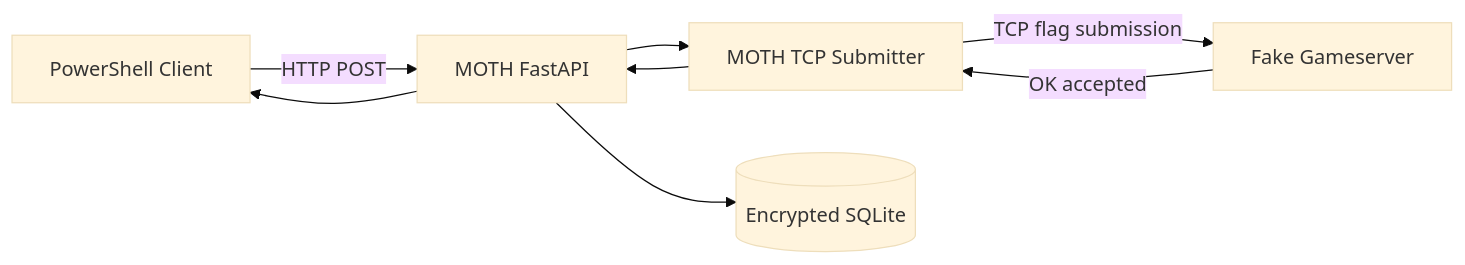
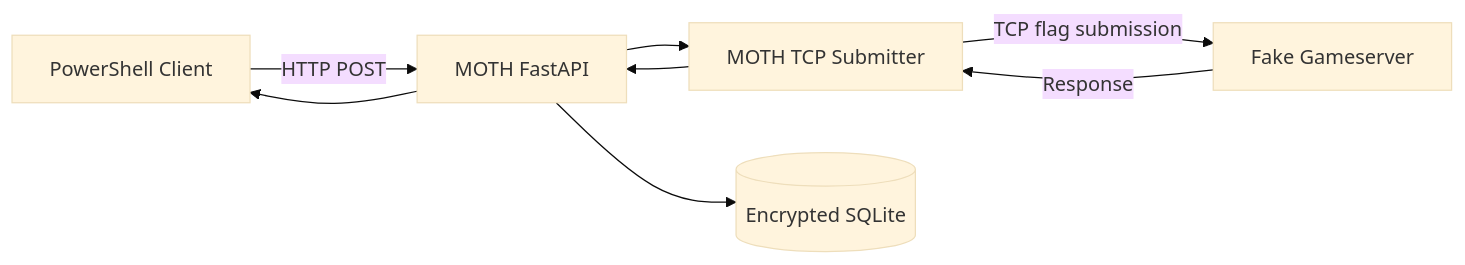
Before and after one commit to Denis-Krueger-labs/MOTH: diagram 11 of 13 in README.md, drawn with Mermaid (base theme). The commit also changed other lines of this file, not shown here.

````diff
--- a/README.md
+++ b/README.md
@@ -686,16 +755,16 @@
 ```mermaid
 flowchart LR
     PS[PowerShell Client]
     API[MOTH FastAPI]
     TCP[MOTH TCP Submitter]
     FAKE[Fake Gameserver]
     DB[(Encrypted SQLite)]
 
     PS -->|HTTP POST| API
     API --> TCP
     TCP -->|TCP flag submission| FAKE
-    FAKE -->|OK accepted| TCP
+    FAKE -->|Response| TCP
     TCP --> API
     API --> DB
     API --> PS
 ```
````
